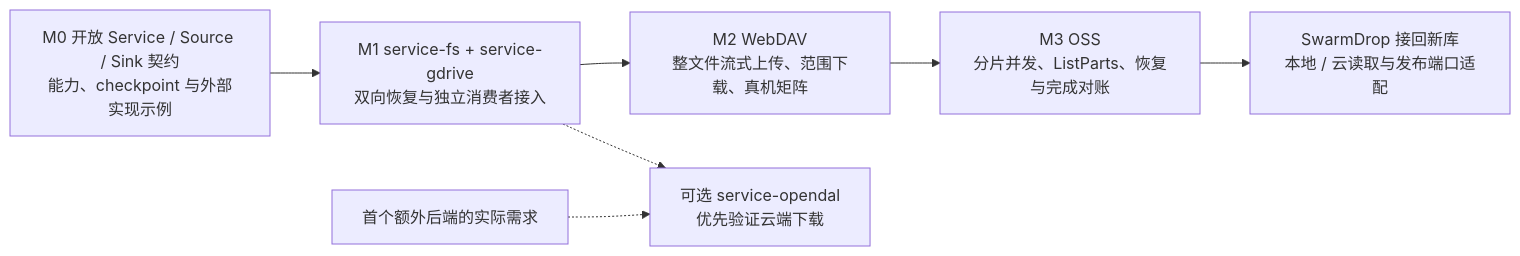
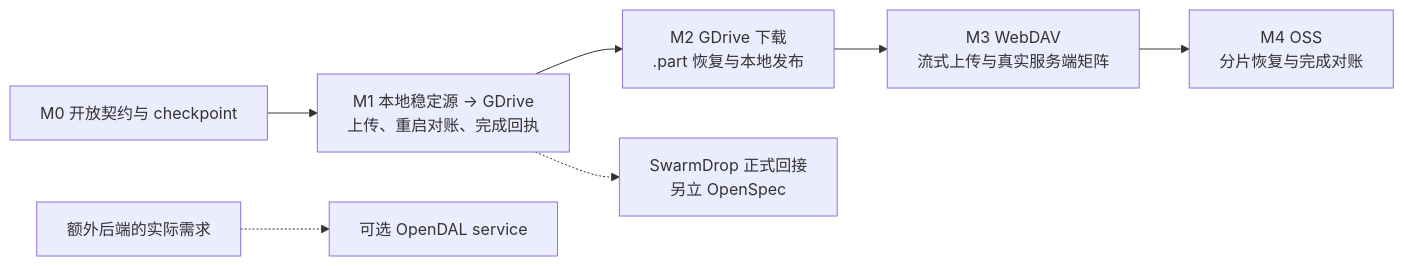
Before and after one commit to yexiyue/waybill: the third of 3 diagrams in docs/DESIGN.zh-CN.md, drawn with Mermaid. The commit also changed other lines of this file and 39 other files, not shown here.

````diff
--- a/docs/DESIGN.zh-CN.md
+++ b/docs/DESIGN.zh-CN.md
@@ -394,9 +394,14 @@
 ```mermaid
 flowchart LR
-    M0["M0 开放 Service / Source / Sink 契约\n能力、checkpoint 与外部实现示例"] --> M1["M1 service-fs + service-gdrive\n双向恢复与独立消费者接入"]
-    M1 --> M2["M2 WebDAV\n整文件流式上传、范围下载、真机矩阵"]
-    M2 --> M3["M3 OSS\n分片并发、ListParts、恢复与完成对账"]
-    M3 --> BACK["SwarmDrop 接回新库\n本地 / 云读取与发布端口适配"]
-    NEED["首个额外后端的实际需求"] -.-> OD["可选 service-opendal\n优先验证云端下载"]
-    M1 -.-> OD
+    M0["M0 开放契约与 checkpoint"] --> M1["M1 本地稳定源 → GDrive
+上传、重启对账、完成回执"]
+    M1 --> M2["M2 GDrive 下载
+.part 恢复与本地发布"]
+    M2 --> M3["M3 WebDAV
+流式上传与真实服务端矩阵"]
+    M3 --> M4["M4 OSS
+分片恢复与完成对账"]
+    M1 -.-> APP["SwarmDrop 正式回接
+另立 OpenSpec"]
+    NEED["额外后端的实际需求"] -.-> OD["可选 OpenDAL service"]
 ```
````
